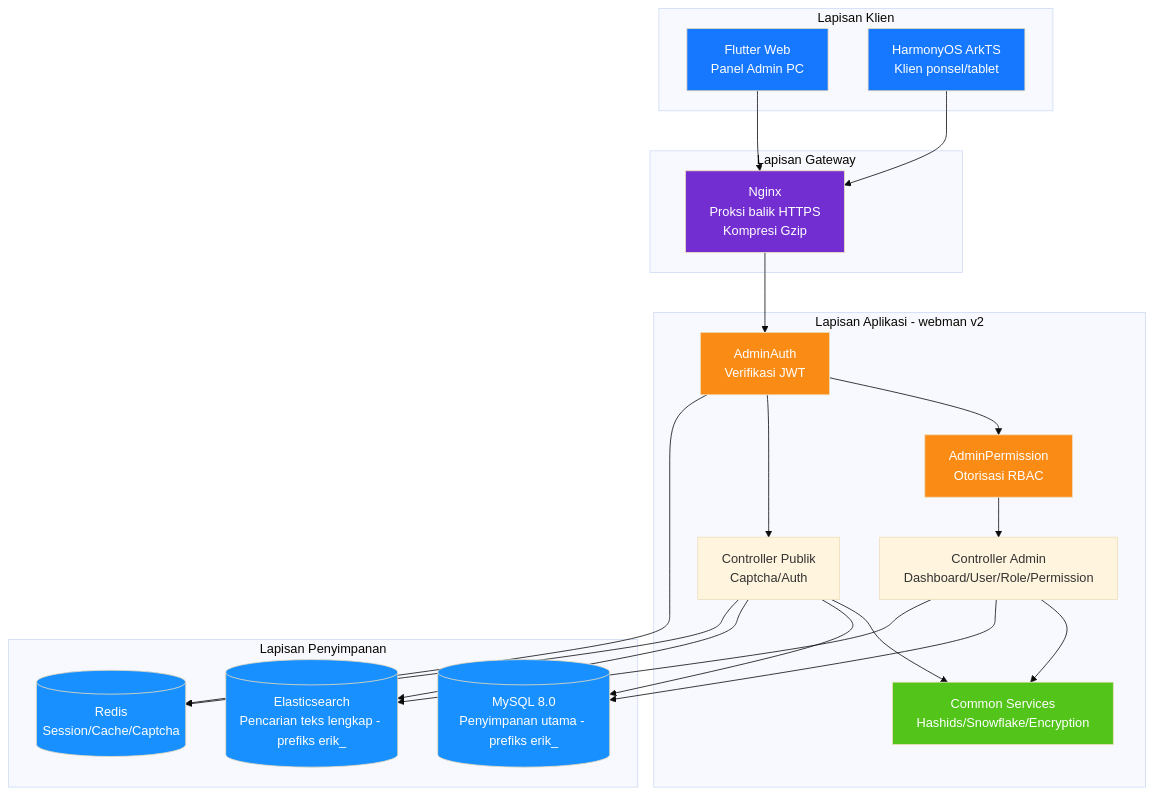
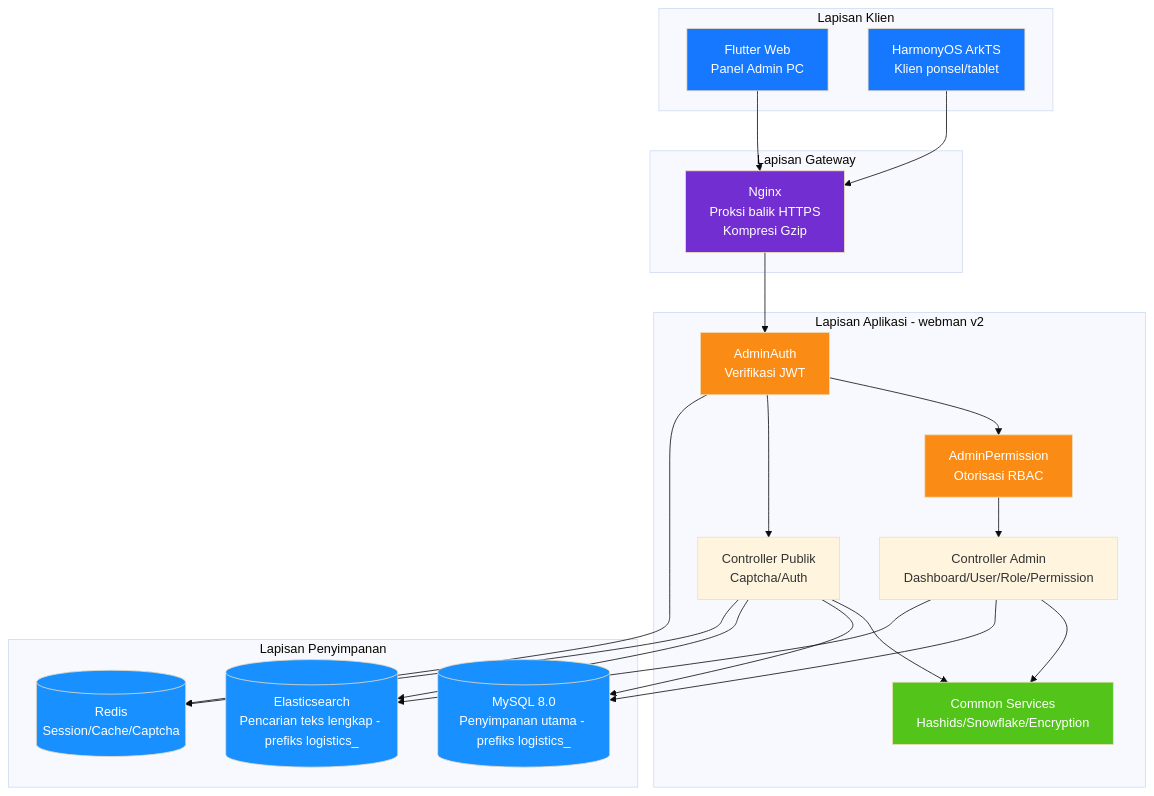
Before and after one commit to erikwang2013/integrated-global-logistics: the diagram in admin/docs/diagrams/01-system-architecture.id.md, drawn with Mermaid (base theme). The commit also changed 211 other files, not shown here.

````diff
--- a/admin/docs/diagrams/01-system-architecture.id.md
+++ b/admin/docs/diagrams/01-system-architecture.id.md
@@ -7,50 +7,50 @@
 ```mermaid
 flowchart TB
     subgraph clients["Lapisan Klien"]
         flutter["Flutter Web<br/>Panel Admin PC"]
         harmony["HarmonyOS ArkTS<br/>Klien ponsel/tablet"]
     end
 
     subgraph gateway["Lapisan Gateway"]
         nginx["Nginx<br/>Proksi balik HTTPS<br/>Kompresi Gzip"]
     end
 
     subgraph app["Lapisan Aplikasi - webman v2"]
         auth["AdminAuth<br/>Verifikasi JWT"]
         perm["AdminPermission<br/>Otorisasi RBAC"]
         admin["Controller Admin<br/>Dashboard/User/Role/Permission"]
         public["Controller Publik<br/>Captcha/Auth"]
         common["Common Services<br/>Hashids/Snowflake/Encryption"]
     end
 
     subgraph storage["Lapisan Penyimpanan"]
-        mysql[("MySQL 8.0<br/>Penyimpanan utama - prefiks erik_")]
-        es[("Elasticsearch<br/>Pencarian teks lengkap - prefiks erik_")]
+        mysql[("MySQL 8.0<br/>Penyimpanan utama - prefiks logistics_")]
+        es[("Elasticsearch<br/>Pencarian teks lengkap - prefiks logistics_")]
         redis[("Redis<br/>Session/Cache/Captcha")]
     end
 
     flutter --> nginx
     harmony --> nginx
     nginx --> auth
     auth --> perm
     perm --> admin
     auth --> public
     admin --> common
     public --> common
     admin --> mysql
     public --> mysql
     admin --> es
     public --> es
     auth --> redis
     public --> redis
 
     style flutter fill:#1677FF,color:#fff
     style harmony fill:#1677FF,color:#fff
     style nginx fill:#722ED1,color:#fff
     style auth fill:#FA8C16,color:#fff
     style perm fill:#FA8C16,color:#fff
     style common fill:#52C41A,color:#fff
     style mysql fill:#1890FF,color:#fff
     style es fill:#1890FF,color:#fff
     style redis fill:#1890FF,color:#fff
 ```
````
